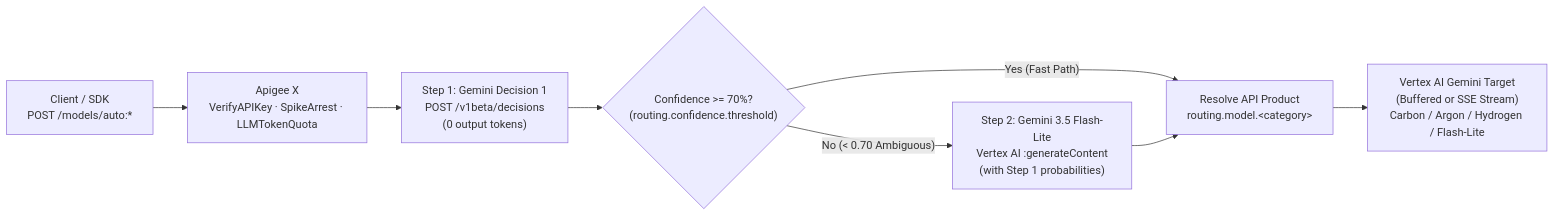
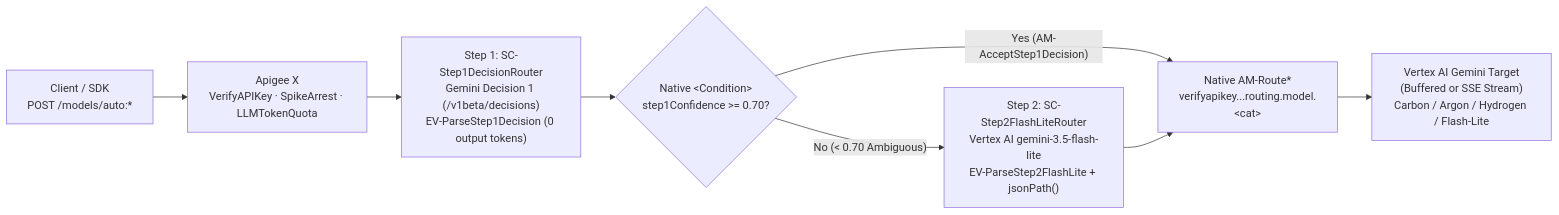
The diagram in ai-gateway/vertex-two-step-decision-router/README.md (maloosatyam-google/apigee-examples), drawn with Mermaid before and after one commit. The commit also changed other lines of this file and 35 other files, not shown here.

Commit message:
refactor: replace JS routing policies with native ExtractVariables and AssignMessage XML

````diff
--- a/ai-gateway/vertex-two-step-decision-router/README.md
+++ b/ai-gateway/vertex-two-step-decision-router/README.md
@@ -12,10 +28,10 @@
 ```mermaid
 flowchart LR
     Client["Client / SDK<br/>POST /models/auto:*"] --> Apigee["Apigee X<br/>VerifyAPIKey · SpikeArrest · LLMTokenQuota"]
-    Apigee --> Step1["Step 1: Gemini Decision 1<br/>POST /v1beta/decisions<br/>(0 output tokens)"]
-    Step1 --> Gate{"Confidence >= 70%?<br/>(routing.confidence.threshold)"}
-    Gate -->|"Yes (Fast Path)"| Resolve["Resolve API Product<br/>routing.model.&lt;category&gt;"]
-    Gate -->|"No (< 0.70 Ambiguous)"| Step2["Step 2: Gemini 3.5 Flash-Lite<br/>Vertex AI :generateContent<br/>(with Step 1 probabilities)"]
+    Apigee --> Step1["Step 1: SC-Step1DecisionRouter<br/>Gemini Decision 1 (/v1beta/decisions)<br/>EV-ParseStep1Decision (0 output tokens)"]
+    Step1 --> Gate{"Native &lt;Condition&gt;<br/>step1Confidence &gt;= 0.70?"}
+    Gate -->|"Yes (AM-AcceptStep1Decision)"| Resolve["Native AM-Route*<br/>verifyapikey...routing.model.&lt;cat&gt;"]
+    Gate -->|"No (&lt; 0.70 Ambiguous)"| Step2["Step 2: SC-Step2FlashLiteRouter<br/>Vertex AI gemini-3.5-flash-lite<br/>EV-ParseStep2FlashLite + jsonPath()"]
     Step2 --> Resolve
     Resolve --> Target["Vertex AI Gemini Target<br/>(Buffered or SSE Stream)<br/>Carbon / Argon / Hydrogen / Flash-Lite"]
 ```
````
